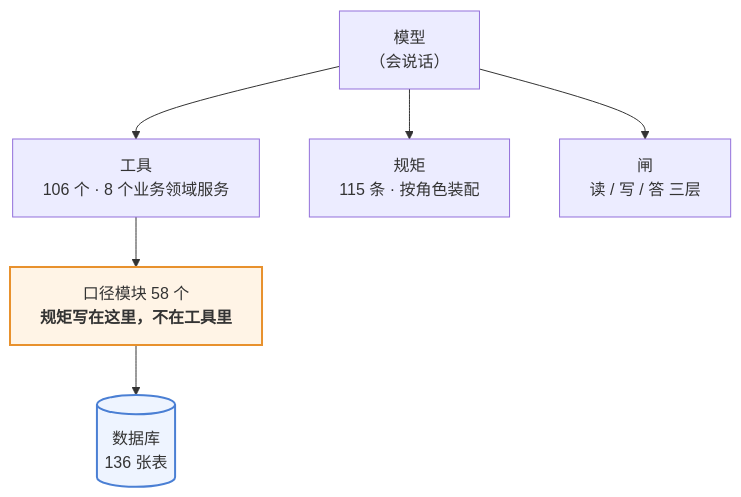
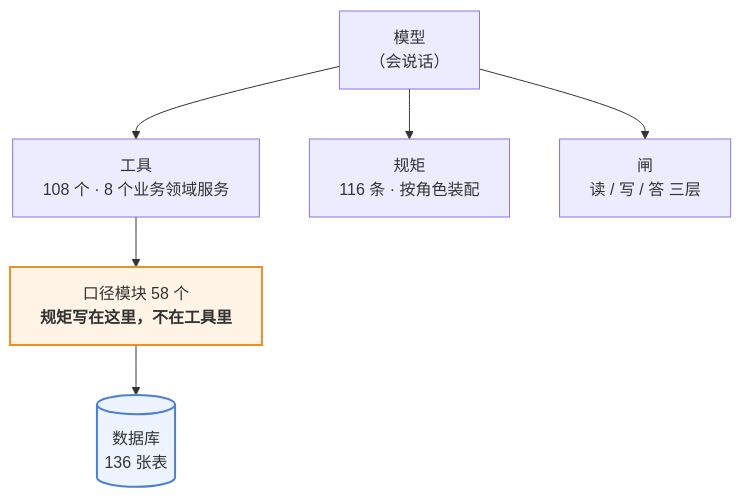
The first of 3 diagrams in 澜绣云裳agent-产品说明.md (843773296-rgb/lanxiu-yunshang-agent), drawn with Mermaid before and after one commit. The commit also changed other lines of this file and 14 other files, not shown here.

````diff
--- a/澜绣云裳agent-产品说明.md
+++ b/澜绣云裳agent-产品说明.md
@@ -62,12 +62,12 @@
 ```mermaid
 flowchart TD
     M["模型<br/>（会说话）"]
-    M --> T["工具<br/>106 个 · 8 个业务领域服务"]
-    M --> R["规矩<br/>115 条 · 按角色装配"]
+    M --> T["工具<br/>108 个 · 8 个业务领域服务"]
+    M --> R["规矩<br/>116 条 · 按角色装配"]
     M --> G["闸<br/>读 / 写 / 答 三层"]
     T --> K["口径模块 58 个<br/><b>规矩写在这里，不在工具里</b>"]
     K --> DB[("数据库<br/>136 张表")]
 
     style K fill:#fff4e6,stroke:#e8912d,stroke-width:2px
     style DB fill:#eef4ff,stroke:#4a7fd4,stroke-width:2px
 ```
````
